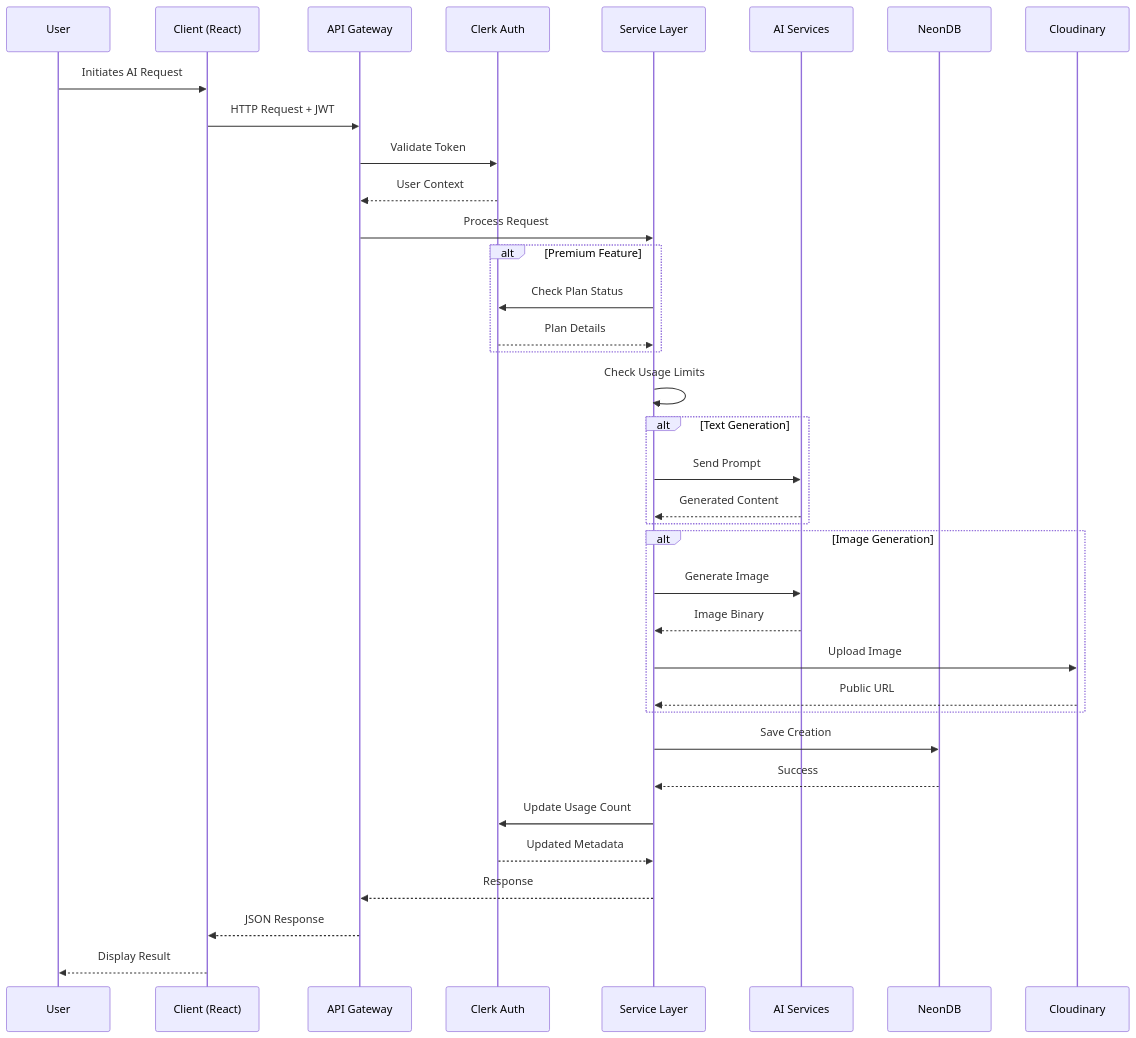
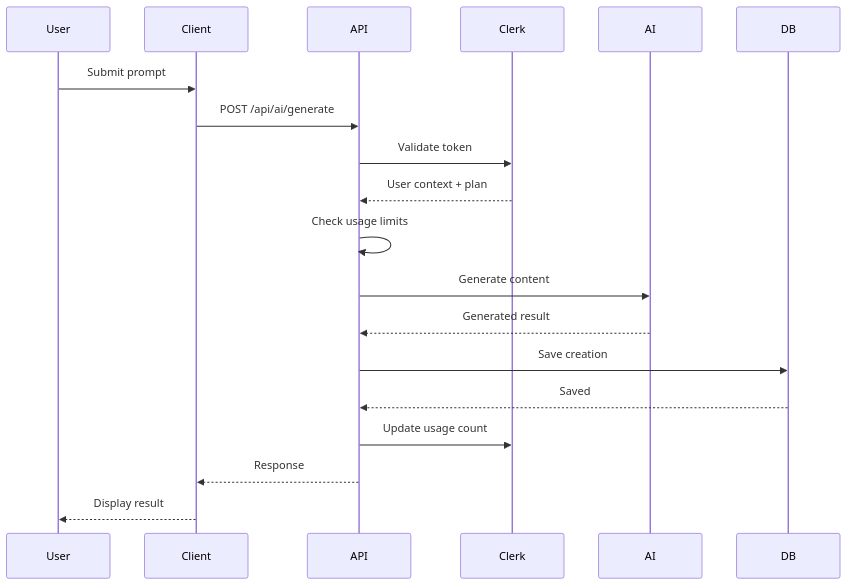
One commit to VIKRAMANR7/ToolNest-AI changed the second of 5 diagrams in README.md. Above: the diagram before and after it, drawn with Mermaid. The commit also changed other lines of this file and 22 other files, not shown here.

````diff
--- a/README.md
+++ b/README.md
@@ -95,44 +61,22 @@
 ```mermaid
 sequenceDiagram
-    participant U as User
-    participant C as Client (React)
-    participant A as API Gateway
-    participant Auth as Clerk Auth
-    participant S as Service Layer
-    participant AI as AI Services
-    participant DB as NeonDB
-    participant CDN as Cloudinary
+    participant User
+    participant Client
+    participant API
+    participant Clerk
+    participant AI
+    participant DB
 
-    U->>C: Initiates AI Request
-    C->>A: HTTP Request + JWT
-    A->>Auth: Validate Token
-    Auth-->>A: User Context
-    A->>S: Process Request
-
-    alt Premium Feature
-        S->>Auth: Check Plan Status
-        Auth-->>S: Plan Details
-    end
-
-    S->>S: Check Usage Limits
-
-    alt Text Generation
-        S->>AI: Send Prompt
-        AI-->>S: Generated Content
-    end
-
-    alt Image Generation
-        S->>AI: Generate Image
-        AI-->>S: Image Binary
-        S->>CDN: Upload Image
-        CDN-->>S: Public URL
-    end
-
-    S->>DB: Save Creation
-    DB-->>S: Success
-    S->>Auth: Update Usage Count
-    Auth-->>S: Updated Metadata
-    S-->>A: Response
-    A-->>C: JSON Response
-    C-->>U: Display Result
+    User->>Client: Submit prompt
+    Client->>API: POST /api/ai/generate
+    API->>Clerk: Validate token
+    Clerk-->>API: User context + plan
+    API->>API: Check usage limits
+    API->>AI: Generate content
+    AI-->>API: Generated result
+    API->>DB: Save creation
+    DB-->>API: Saved
+    API->>Clerk: Update usage count
+    API-->>Client: Response
+    Client-->>User: Display result
 ```
````
